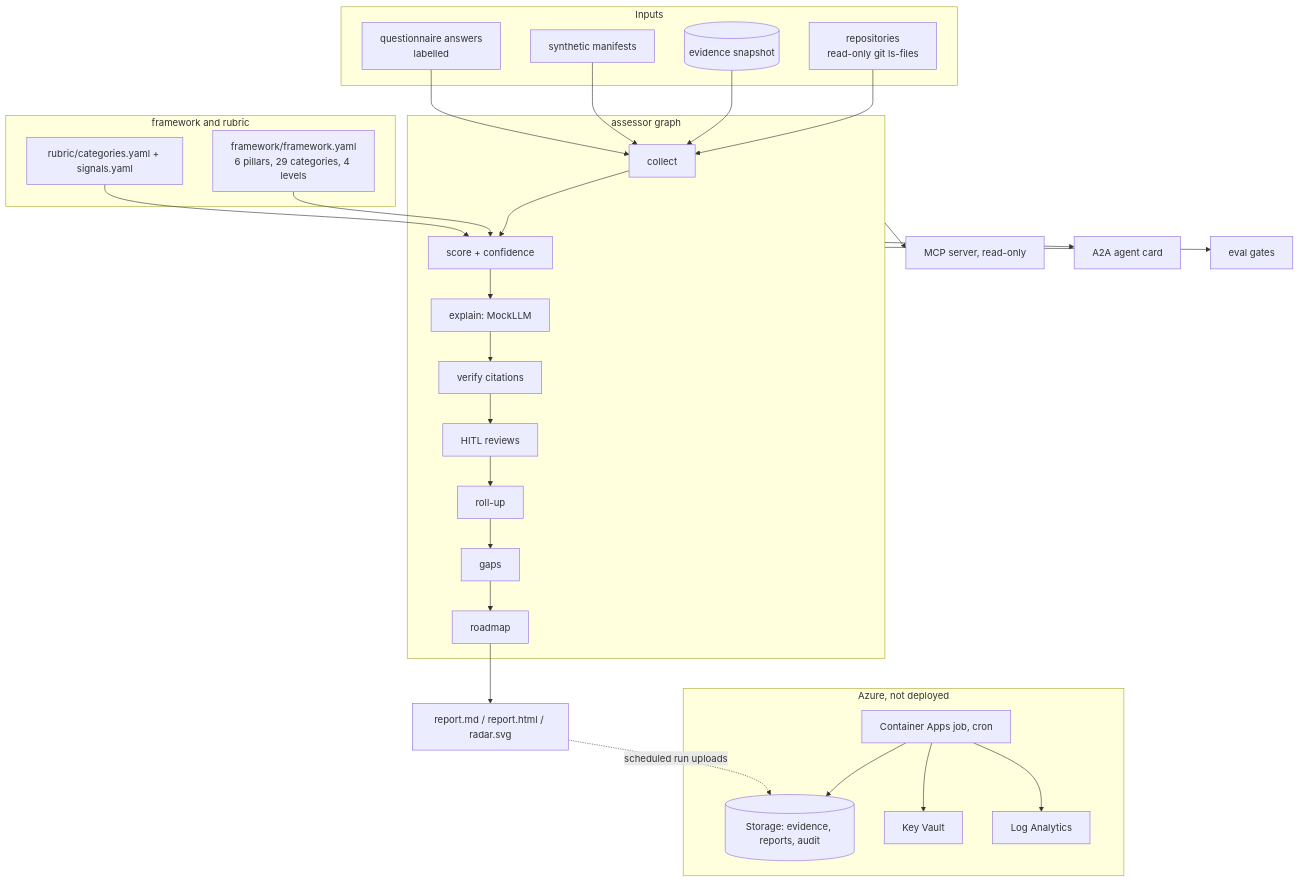
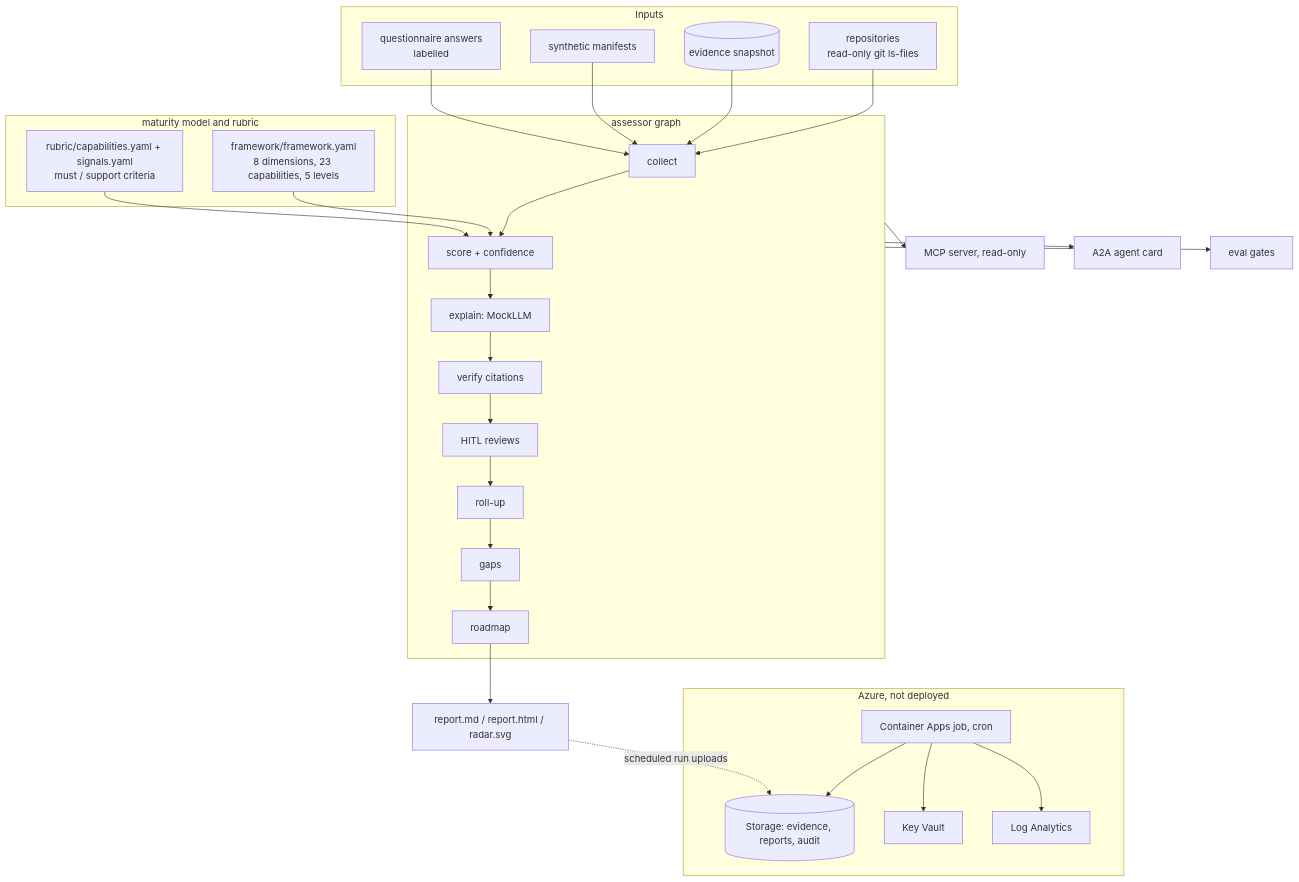
One commit to jagadishmazure-jpg/Jagadish-ai-maturity-assessment changed the diagram in docs/architecture.md. Above: the diagram before and after it, drawn with Mermaid. The commit also changed other lines of this file and 6 other files, not shown here.

Commit message:
docs: architecture, guides and threat model describe the EAMM model

````diff
--- a/docs/architecture.md
+++ b/docs/architecture.md
@@ -7,29 +9,29 @@
 ```mermaid
 flowchart TB
   subgraph Inputs
     R[repositories<br/>read-only git ls-files]
     S[(evidence snapshot)]
     M[synthetic manifests]
     Q[questionnaire answers<br/>labelled]
   end
-  subgraph Model [framework and rubric]
-    F[framework/framework.yaml<br/>6 pillars, 29 categories, 4 levels]
-    RB[rubric/categories.yaml + signals.yaml]
+  subgraph Model [maturity model and rubric]
+    F[framework/framework.yaml<br/>8 dimensions, 23 capabilities, 5 levels]
+    RB[rubric/capabilities.yaml + signals.yaml<br/>must / support criteria]
   end
   subgraph Agent [assessor graph]
     C[collect] --> SC[score + confidence] --> EX[explain: MockLLM] --> V[verify citations] --> H[HITL reviews] --> RU[roll-up] --> G[gaps] --> RM[roadmap]
   end
   R & S & M --> C
   Q --> C
   F & RB --> SC
   RM --> REP[report.md / report.html / radar.svg]
   Agent --> MCP[MCP server, read-only]
   Agent --> A2A[A2A agent card]
   Agent --> EV[eval gates]
   subgraph Azure [Azure, not deployed]
     JOB[Container Apps job, cron] --> ST[(Storage: evidence, reports, audit)]
     JOB --> KV[Key Vault]
     JOB --> LA[Log Analytics]
   end
   REP -. scheduled run uploads .-> ST
 ```
````
